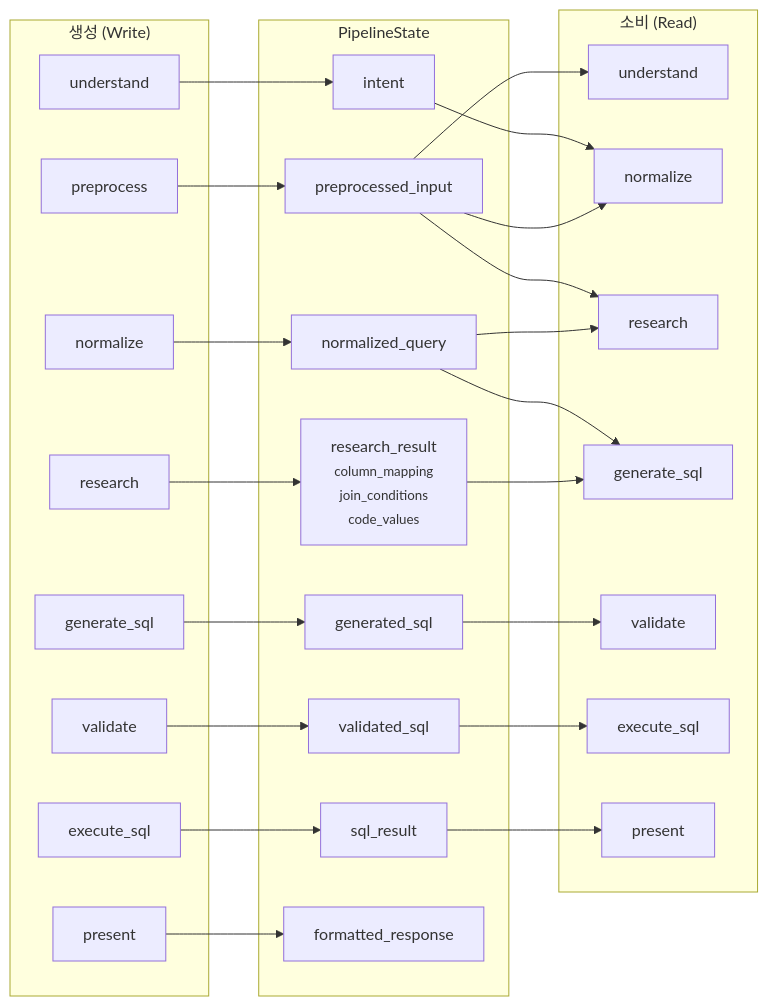
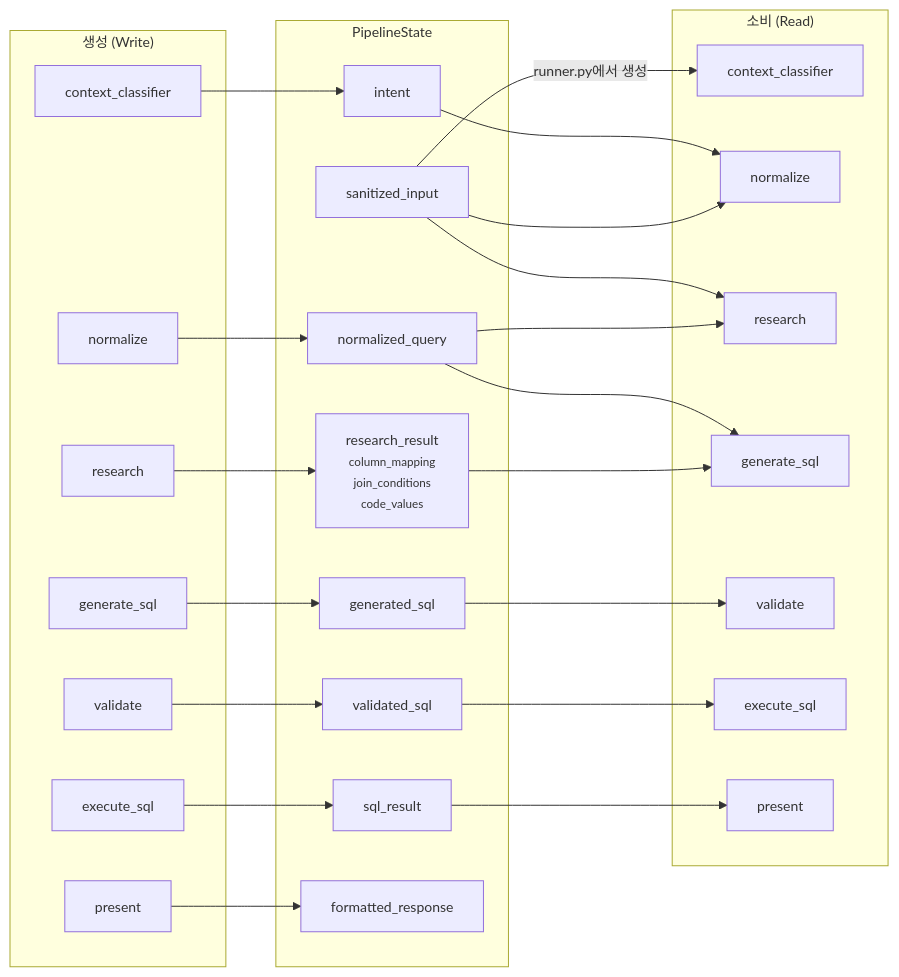
Before and after one commit to cheol-hee-han/data-copilot: the sixth of 6 diagrams in docs/architecture/large-model-architecture.md, drawn with Mermaid. The commit also changed other lines of this file and 254 other files, not shown here.

````diff
--- a/docs/architecture/large-model-architecture.md
+++ b/docs/architecture/large-model-architecture.md
@@ -865,46 +894,50 @@
 ```mermaid
+---
+config:
+  themeVariables:
+    fontSize: 14px
+---
 flowchart LR
     subgraph write["생성 (Write)"]
-        W_PRE["preprocess"]
-        W_UND["understand"]
+        W_UND["context_classifier"]
         W_NOR["normalize"]
         W_RES["research"]
         W_GEN["generate_sql"]
         W_VAL["validate"]
         W_EXE["execute_sql"]
         W_PRS["present"]
     end
 
     subgraph state["PipelineState"]
-        S_PI["preprocessed_input"]
+        S_PI["sanitized_input"]
         S_IN["intent"]
         S_NQ["normalized_query"]
         S_RR["research_result<br/><small>column_mapping<br/>join_conditions<br/>code_values</small>"]
         S_GS["generated_sql"]
         S_VS["validated_sql"]
         S_SR["sql_result"]
         S_FR["formatted_response"]
     end
 
     subgraph read["소비 (Read)"]
-        R_UND["understand"]
+        R_UND["context_classifier"]
         R_NOR["normalize"]
         R_RES["research"]
         R_GEN["generate_sql"]
         R_VAL["validate"]
         R_EXE["execute_sql"]
         R_PRS["present"]
     end
 
-    W_PRE --> S_PI --> R_UND
+    S_PI -->|"runner.py에서 생성"| R_UND
     W_UND --> S_IN --> R_NOR
     S_PI --> R_NOR
     S_PI --> R_RES
     W_NOR --> S_NQ --> R_RES
     S_NQ --> R_GEN
     W_RES --> S_RR --> R_GEN
     W_GEN --> S_GS --> R_VAL
     W_VAL --> S_VS --> R_EXE
     W_EXE --> S_SR --> R_PRS
     W_PRS --> S_FR
 ```
````
